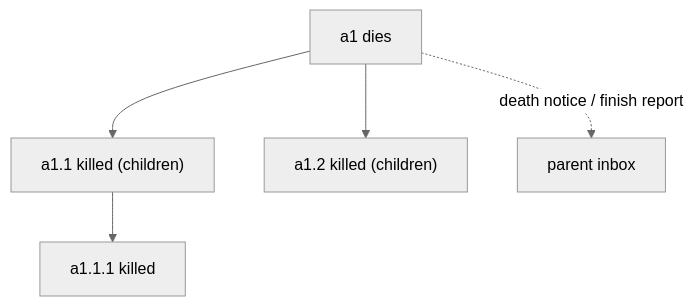
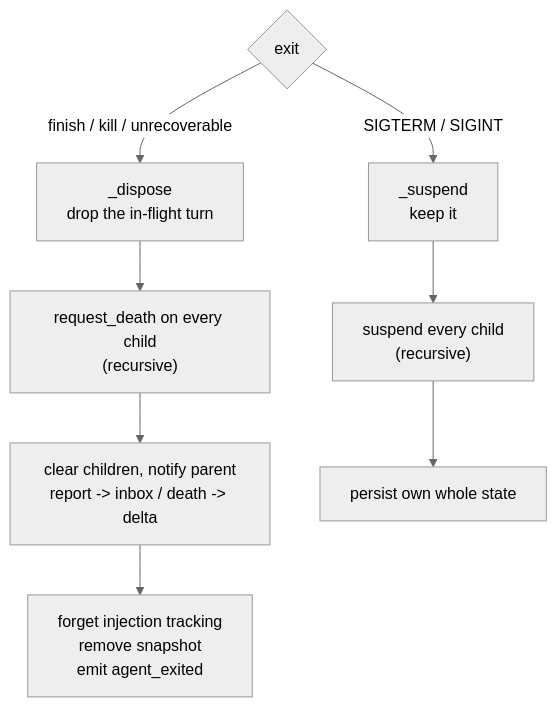
Before and after one commit to DarkSpaceY/NAN-itself: the fourth of 7 diagrams in docs/for-contributors/architecture.md, drawn with Mermaid (neutral theme). The commit also changed other lines of this file and 14 other files, not shown here.

````diff
--- a/docs/for-contributors/architecture.md
+++ b/docs/for-contributors/architecture.md
@@ -114,7 +264,10 @@
 ```mermaid
 flowchart TD
-    D["a1 dies"] --> D1["a1.1 killed (children)"]
-    D --> D2["a1.2 killed (children)"]
-    D1 --> D3["a1.1.1 killed"]
-    D -.->|"death notice / finish report"| P["parent inbox"]
+    E{"exit"} -->|"finish / kill / unrecoverable"| D["_dispose<br/>drop the in-flight turn"]
+    E -->|"SIGTERM / SIGINT"| S["_suspend<br/>keep it"]
+    D --> D1["request_death on every child<br/>(recursive)"]
+    D1 --> D2["clear children, notify parent<br/>report -> inbox / death -> delta"]
+    D2 --> D3["forget injection tracking<br/>remove snapshot<br/>emit agent_exited"]
+    S --> S1["suspend every child<br/>(recursive)"]
+    S1 --> S2["persist own whole state"]
 ```
````
